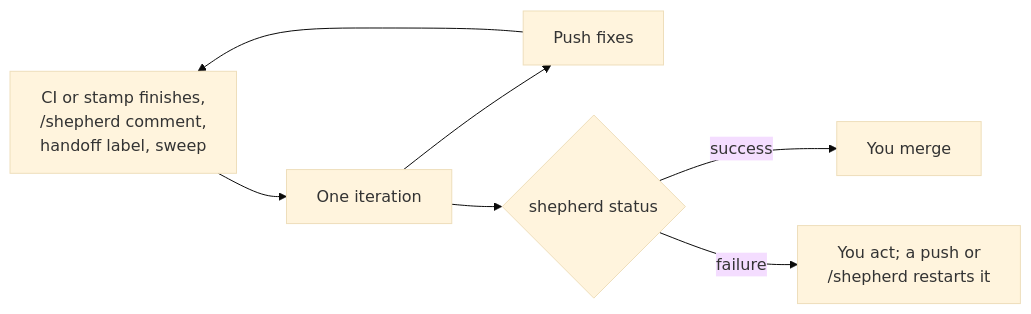
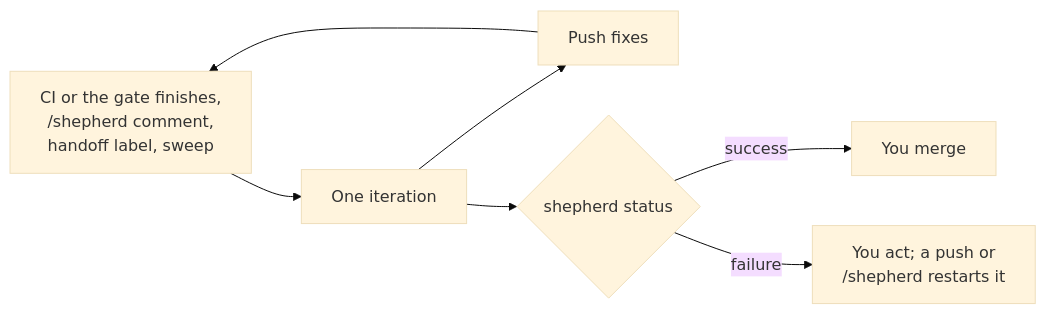
One commit to jagreehal/shepherd changed the diagram in docs/src/content/docs/integrations/github-actions.md. Above: the diagram before and after it, drawn with Mermaid (base theme). The commit also changed other lines of this file and 160 other files, not shown here.

Commit message:
feat: the gate ships inside shepherd, with one-command setup, review and status (#52)

````diff
--- a/docs/src/content/docs/integrations/github-actions.md
+++ b/docs/src/content/docs/integrations/github-actions.md
@@ -18,9 +18,9 @@
 ```mermaid
 flowchart LR
-    E[CI or stamp finishes,<br/>/shepherd comment,<br/>handoff label, sweep] --> I[One iteration]
+    E[CI or the gate finishes,<br/>/shepherd comment,<br/>handoff label, sweep] --> I[One iteration]
     I --> P[Push fixes]
     P --> E
     I --> D{shepherd status}
     D -- success --> M[You merge]
     D -- failure --> Y[You act; a push or<br/>/shepherd restarts it]
 ```
````
